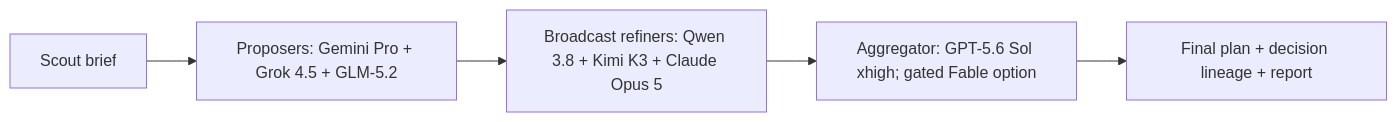
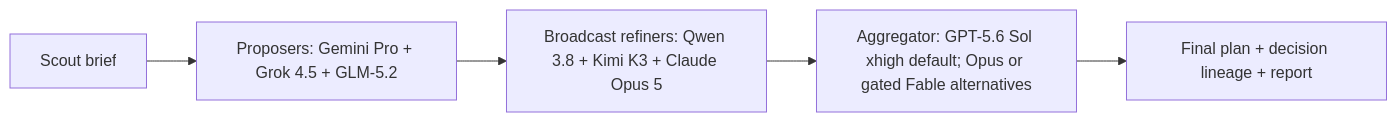
One commit to drivelineresearch/moa-x changed the diagram in README.md. Above: the diagram before and after it, drawn with Mermaid. The commit also changed other lines of this file and 9 other files, not shown here.

Commit message:
Harden aggregator selection and expose Opus

````diff
--- a/README.md
+++ b/README.md
@@ -12,7 +12,7 @@
 ```mermaid
 flowchart LR
   S["Scout brief"] --> P["Proposers: Gemini Pro + Grok 4.5 + GLM-5.2"]
   P --> R["Broadcast refiners: Qwen 3.8 + Kimi K3 + Claude Opus 5"]
-  R --> A["Aggregator: GPT-5.6 Sol xhigh; gated Fable option"]
+  R --> A["Aggregator: GPT-5.6 Sol xhigh default; Opus or gated Fable alternatives"]
   A --> O["Final plan + decision lineage + report"]
 ```
````
